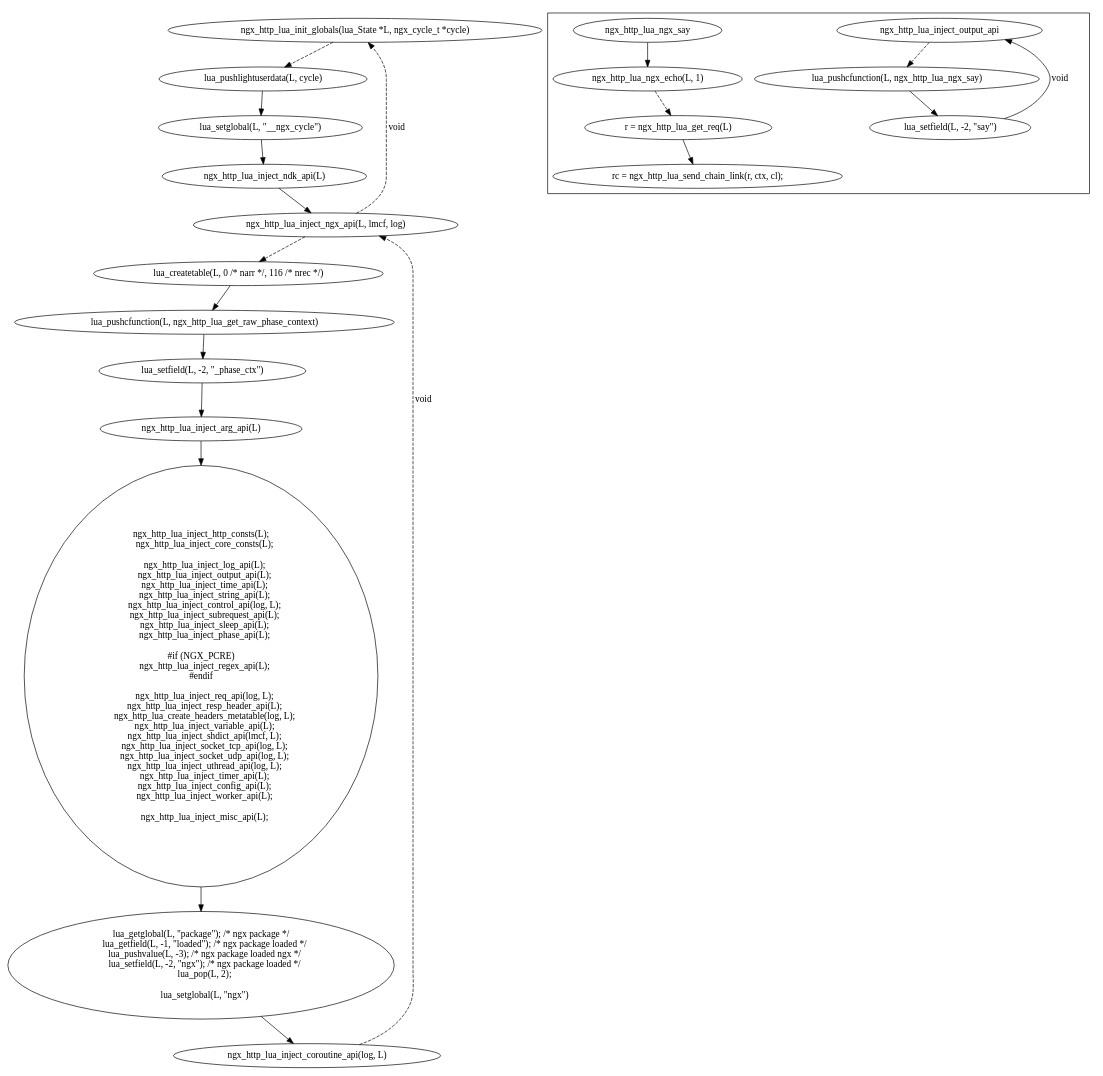
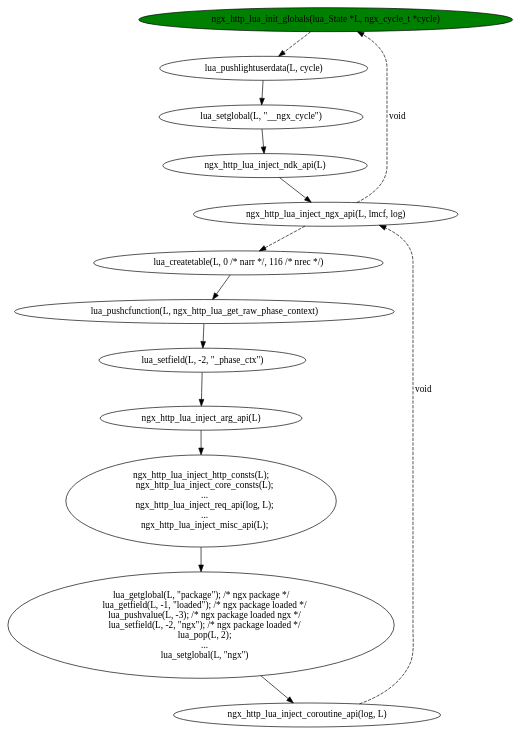
The diagram in ngx_lua/ngx_http_lua_init_globals.dot (lancelotluo/dot), drawn with Graphviz before and after one commit. The commit also changed 4 other files, not shown here.

```diff
--- a/ngx_lua/ngx_http_lua_init_globals.dot
+++ b/ngx_lua/ngx_http_lua_init_globals.dot
@@ -1,97 +1,36 @@
 digraph {
+    "ngx_http_lua_init_globals(lua_State *L, ngx_cycle_t *cycle)"[style=filled , fillcolor=green];
     "ngx_http_lua_init_globals(lua_State *L, ngx_cycle_t *cycle)"->"lua_pushlightuserdata(L, cycle)"[style=dashed];
     "lua_pushlightuserdata(L, cycle)"->"lua_setglobal(L, \"__ngx_cycle\")";
     "lua_setglobal(L, \"__ngx_cycle\")"->"ngx_http_lua_inject_ndk_api(L)";
     "ngx_http_lua_inject_ndk_api(L)"->"ngx_http_lua_inject_ngx_api(L, lmcf, log)";
     "ngx_http_lua_inject_ngx_api(L, lmcf, log)"->"ngx_http_lua_init_globals(lua_State *L, ngx_cycle_t *cycle)"[label=void, style=dashed];
 
 subgraph cluser_lua_inject_ngx_api {
     "ngx_http_lua_inject_ngx_api(L, lmcf, log)"->"lua_createtable(L, 0 /* narr */, 116 /* nrec */)"[style=dashed];
     "lua_createtable(L, 0 /* narr */, 116 /* nrec */)"->"lua_pushcfunction(L, ngx_http_lua_get_raw_phase_context)";
     "lua_pushcfunction(L, ngx_http_lua_get_raw_phase_context)"->"lua_setfield(L, -2, \"_phase_ctx\")";
     "lua_setfield(L, -2, \"_phase_ctx\")"->"ngx_http_lua_inject_arg_api(L)";
     "ngx_http_lua_inject_arg_api(L)"->
     "ngx_http_lua_inject_http_consts(L);
     ngx_http_lua_inject_core_consts(L);
-
-    ngx_http_lua_inject_log_api(L);
-    ngx_http_lua_inject_output_api(L);
-    ngx_http_lua_inject_time_api(L);
-    ngx_http_lua_inject_string_api(L);
-    ngx_http_lua_inject_control_api(log, L);
-    ngx_http_lua_inject_subrequest_api(L);
-    ngx_http_lua_inject_sleep_api(L);
-    ngx_http_lua_inject_phase_api(L);
-
-#if (NGX_PCRE)
-    ngx_http_lua_inject_regex_api(L);
-#endif
-
+    ...
     ngx_http_lua_inject_req_api(log, L);
-    ngx_http_lua_inject_resp_header_api(L);
-    ngx_http_lua_create_headers_metatable(log, L);
-    ngx_http_lua_inject_variable_api(L);
-    ngx_http_lua_inject_shdict_api(lmcf, L);
-    ngx_http_lua_inject_socket_tcp_api(log, L);
-    ngx_http_lua_inject_socket_udp_api(log, L);
-    ngx_http_lua_inject_uthread_api(log, L);
-    ngx_http_lua_inject_timer_api(L);
-    ngx_http_lua_inject_config_api(L);
-    ngx_http_lua_inject_worker_api(L);
-
+    ...
     ngx_http_lua_inject_misc_api(L);";
     "ngx_http_lua_inject_http_consts(L);
     ngx_http_lua_inject_core_consts(L);
-
-    ngx_http_lua_inject_log_api(L);
-    ngx_http_lua_inject_output_api(L);
-    ngx_http_lua_inject_time_api(L);
-    ngx_http_lua_inject_string_api(L);
-    ngx_http_lua_inject_control_api(log, L);
-    ngx_http_lua_inject_subrequest_api(L);
-    ngx_http_lua_inject_sleep_api(L);
-    ngx_http_lua_inject_phase_api(L);
-
-#if (NGX_PCRE)
-    ngx_http_lua_inject_regex_api(L);
-#endif
-
+    ...
     ngx_http_lua_inject_req_api(log, L);
-    ngx_http_lua_inject_resp_header_api(L);
-    ngx_http_lua_create_headers_metatable(log, L);
-    ngx_http_lua_inject_variable_api(L);
-    ngx_http_lua_inject_shdict_api(lmcf, L);
-    ngx_http_lua_inject_socket_tcp_api(log, L);
-    ngx_http_lua_inject_socket_udp_api(log, L);
-    ngx_http_lua_inject_uthread_api(log, L);
-    ngx_http_lua_inject_timer_api(L);
-    ngx_http_lua_inject_config_api(L);
-    ngx_http_lua_inject_worker_api(L);
-
+    ...
     ngx_http_lua_inject_misc_api(L);"->
     "lua_getglobal(L, \"package\"); /* ngx package */
     lua_getfield(L, -1, \"loaded\"); /* ngx package loaded */
     lua_pushvalue(L, -3); /* ngx package loaded ngx */
     lua_setfield(L, -2, \"ngx\"); /* ngx package loaded */
     lua_pop(L, 2);
-
-    lua_setglobal(L, \"ngx\")";
-    "lua_getglobal(L, \"package\"); /* ngx package */
-    lua_getfield(L, -1, \"loaded\"); /* ngx package loaded */
-    lua_pushvalue(L, -3); /* ngx package loaded ngx */
-    lua_setfield(L, -2, \"ngx\"); /* ngx package loaded */
-    lua_pop(L, 2);
-
+    ...
     lua_setglobal(L, \"ngx\")"->"ngx_http_lua_inject_coroutine_api(log, L)";
     "ngx_http_lua_inject_coroutine_api(log, L)"->"ngx_http_lua_inject_ngx_api(L, lmcf, log)"[label=void, style=dashed];
     }
-
-    subgraph cluster_ngx_http_lua_inject_output_api {
-    "ngx_http_lua_inject_output_api"->"lua_pushcfunction(L, ngx_http_lua_ngx_say)"[style=dashed];
-    "lua_pushcfunction(L, ngx_http_lua_ngx_say)"->"lua_setfield(L, -2, \"say\")";
-    "lua_setfield(L, -2, \"say\")"->"ngx_http_lua_inject_output_api"[label=void];
-    "ngx_http_lua_ngx_say"->"ngx_http_lua_ngx_echo(L, 1)";
-    "ngx_http_lua_ngx_echo(L, 1)"->"r = ngx_http_lua_get_req(L)"[style=dashed];
-    "r = ngx_http_lua_get_req(L)"->"rc = ngx_http_lua_send_chain_link(r, ctx, cl);";
-    }
 }
```
